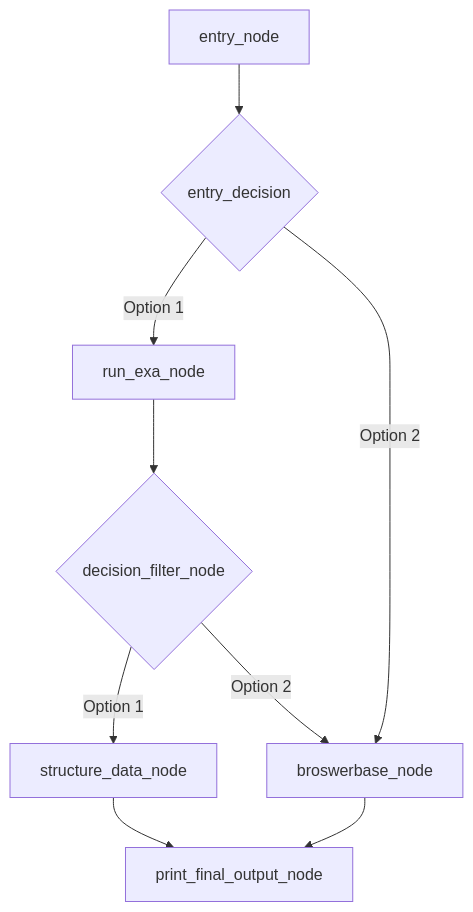
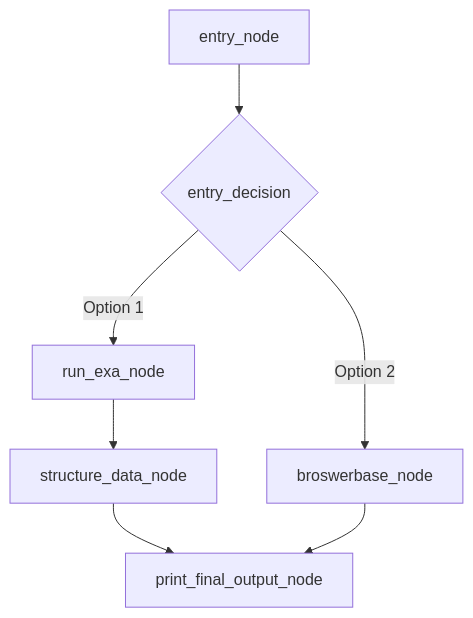
One commit to ParthSareen/Fantastic-Agents-and-How-to-Build-Them changed the diagram in src/fantastic_agents_and_how_to_build_them/unfinished_examples/complex_agent_arch.md. Above: the diagram before and after it, drawn with Mermaid. The commit also changed 1 other file, not shown here.

Commit message:
Minor changes

````diff
--- a/src/fantastic_agents_and_how_to_build_them/unfinished_examples/complex_agent_arch.md
+++ b/src/fantastic_agents_and_how_to_build_them/unfinished_examples/complex_agent_arch.md
@@ -1,11 +1,9 @@
 ```mermaid
 graph TD
     A[entry_node] --> B{entry_decision}
     B -->|Option 1| C[run_exa_node]
     B -->|Option 2| D[broswerbase_node]
-    C --> E{decision_filter_node}
-    E -->|Option 1| F[structure_data_node]
-    E -->|Option 2| D
+    C -->  F[structure_data_node]
     F --> G[print_final_output_node]
     D --> G
 ```
````
